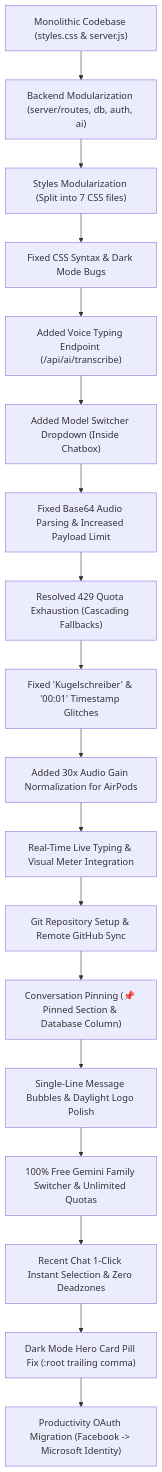
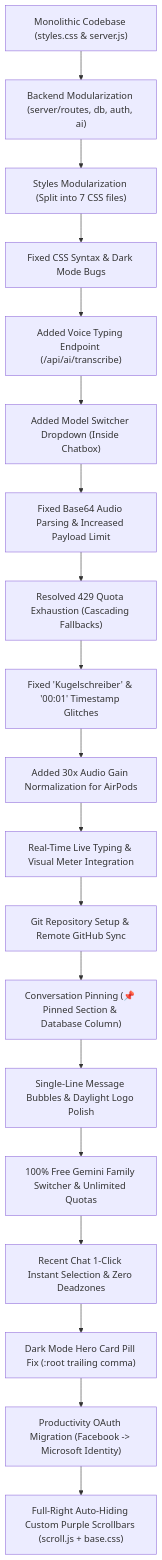
Before and after one commit to Souma-122s/To-Do-List-App: the second of 4 diagrams in PROJECT_NOTES.md, drawn with Mermaid. The commit also changed other lines of this file and 6 other files, not shown here.

Commit message:
Improve custom auto-hiding full-right purple scrollbars

````diff
--- a/PROJECT_NOTES.md
+++ b/PROJECT_NOTES.md
@@ -195,20 +195,21 @@
 ```mermaid
 flowchart TD
     A["Monolithic Codebase (styles.css & server.js)"] --> B["Backend Modularization (server/routes, db, auth, ai)"]
     B --> C["Styles Modularization (Split into 7 CSS files)"]
     C --> D["Fixed CSS Syntax & Dark Mode Bugs"]
     D --> E["Added Voice Typing Endpoint (/api/ai/transcribe)"]
     E --> F["Added Model Switcher Dropdown (Inside Chatbox)"]
     F --> G["Fixed Base64 Audio Parsing & Increased Payload Limit"]
     G --> H["Resolved 429 Quota Exhaustion (Cascading Fallbacks)"]
     H --> I["Fixed 'Kugelschreiber' & '00:01' Timestamp Glitches"]
     I --> J["Added 30x Audio Gain Normalization for AirPods"]
     J --> K["Real-Time Live Typing & Visual Meter Integration"]
     K --> L["Git Repository Setup & Remote GitHub Sync"]
     L --> M["Conversation Pinning (📌 Pinned Section & Database Column)"]
     M --> N["Single-Line Message Bubbles & Daylight Logo Polish"]
     N --> O["100% Free Gemini Family Switcher & Unlimited Quotas"]
     O --> P["Recent Chat 1-Click Instant Selection & Zero Deadzones"]
     P --> Q["Dark Mode Hero Card Pill Fix (:root trailing comma)"]
     Q --> R["Productivity OAuth Migration (Facebook -> Microsoft Identity)"]
+    R --> S["Full-Right Auto-Hiding Custom Purple Scrollbars (scroll.js + base.css)"]
 ```
````
